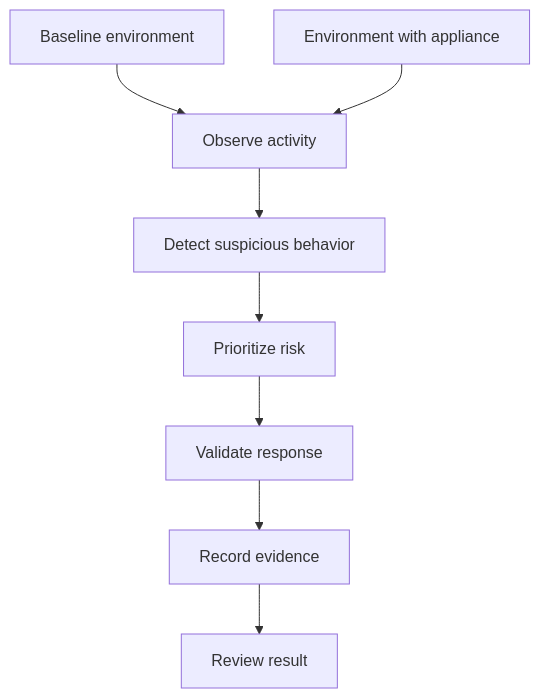
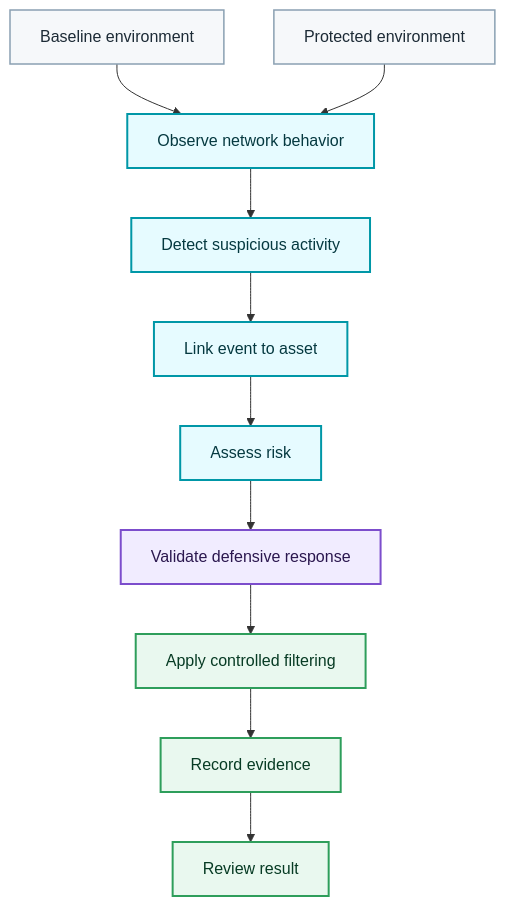
Diagram 12 of 12 in README.md (G-omar3/Ova_Security), drawn with Mermaid before and after one commit. The commit also changed other lines of this file, not shown here.

Commit message:
Enrich architecture README

````diff
--- a/README.md
+++ b/README.md
@@ -237,15 +563,27 @@
 ```mermaid
 flowchart TB
   Baseline[Baseline environment]
-  Protected[Environment with appliance]
-  Observe[Observe activity]
-  Detect[Detect suspicious behavior]
-  Prioritize[Prioritize risk]
-  Decide[Validate response]
-  Record[Record evidence]
+  Protected[Protected environment]
+  Observe[Observe network behavior]
+  Detect[Detect suspicious activity]
+  Link[Link event to asset]
+  Score[Assess risk]
+  Decide[Validate defensive response]
+  Enforce[Apply controlled filtering]
+  Prove[Record evidence]
   Review[Review result]
 
   Baseline --> Observe
   Protected --> Observe
-  Observe --> Detect --> Prioritize --> Decide --> Record --> Review
+  Observe --> Detect --> Link --> Score --> Decide --> Enforce --> Prove --> Review
+
+  classDef baseline fill:#f6f8fa,stroke:#8aa0b2,stroke-width:1.5px,color:#1d2b36;
+  classDef analysis fill:#e6fbff,stroke:#0097a7,stroke-width:2px,color:#053940;
+  classDef decision fill:#f1ecff,stroke:#7c4dcc,stroke-width:2px,color:#2b174f;
+  classDef security fill:#e9f8ef,stroke:#2e9e5b,stroke-width:2px,color:#073b24;
+
+  class Baseline,Protected baseline;
+  class Observe,Detect,Link,Score analysis;
+  class Decide decision;
+  class Enforce,Prove,Review security;
 ```
````
